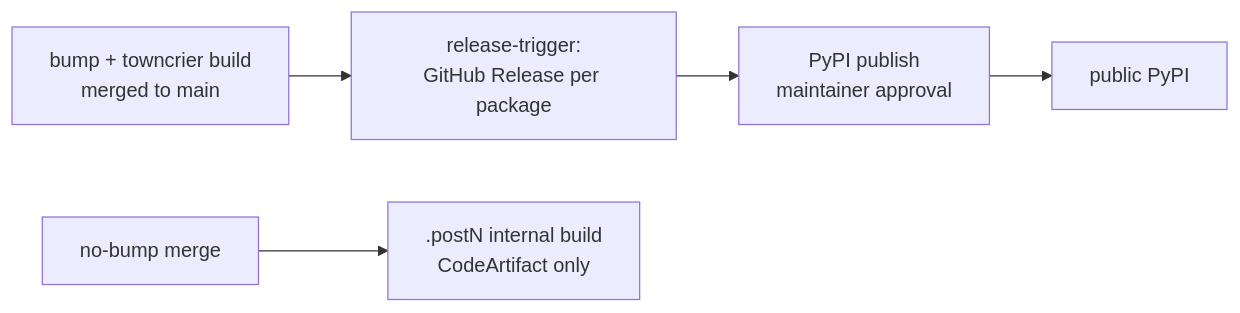
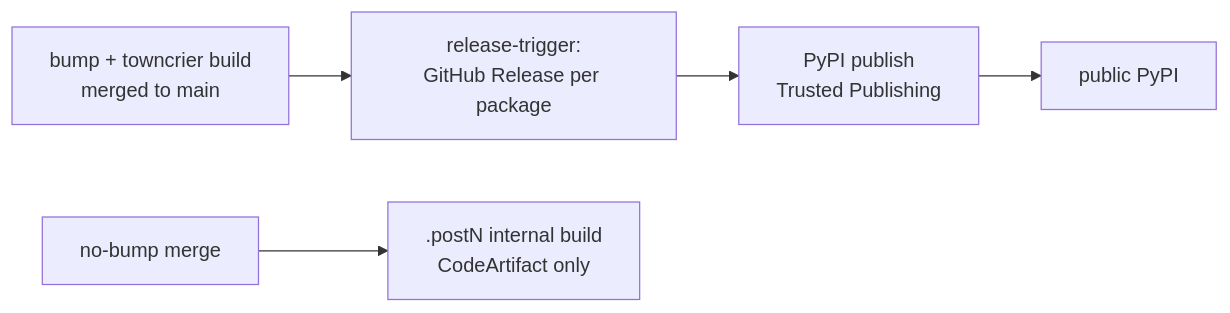
One commit to OvertureMaps/schema changed the diagram in docs/versioning.md. Above: the diagram before and after it, drawn with Mermaid. The commit also changed other lines of this file and 3 other files, not shown here.

````diff
--- a/docs/versioning.md
+++ b/docs/versioning.md
@@ -196,6 +190,6 @@
 ```mermaid
 flowchart LR
     A[bump + towncrier build<br/>merged to main] --> B[release-trigger:<br/>GitHub Release per package]
-    B --> C[PyPI publish<br/>maintainer approval] --> D[public PyPI]
+    B --> C[PyPI publish<br/>Trusted Publishing] --> D[public PyPI]
     E[no-bump merge] --> F[.postN internal build<br/>CodeArtifact only]
 ```
````
